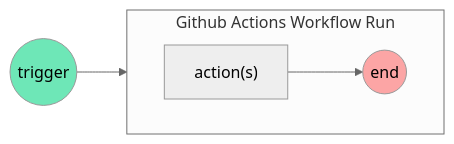
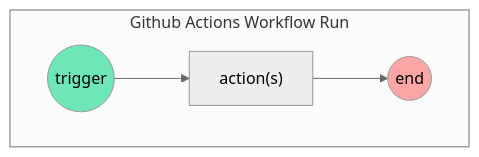
One commit to CU-DBMI/set-website changed the second of 4 diagrams in _posts/2023-02-27-Repository-Workflows-with-Github-Actions.md. Above: the diagram before and after it, drawn with Mermaid (neutral theme). The commit also changed other lines of this file, not shown here.

````diff
--- a/_posts/2023-02-27-Repository-Workflows-with-Github-Actions.md
+++ b/_posts/2023-02-27-Repository-Workflows-with-Github-Actions.md
@@ -34,10 +34,11 @@
 ```mermaid
 flowchart LR
   subgraph workflow [Github Actions Workflow Run]
     direction LR
     action["action(s)"] --> en((end))
+    start((trigger))
   end
-  start((trigger)) --> action
+  start --> action
   style start fill:#6EE7B7
   style en fill:#FCA5A5
 ```
````
